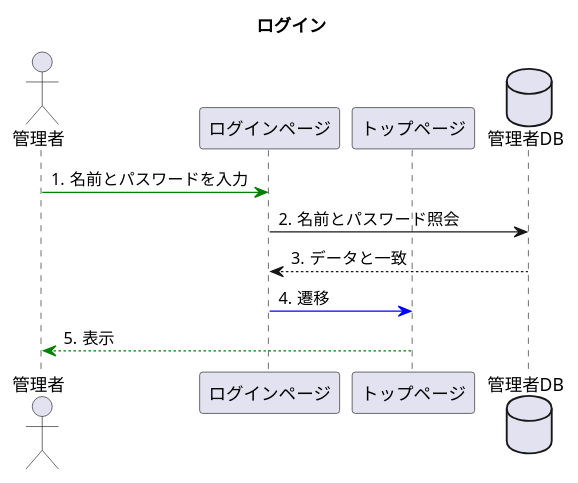
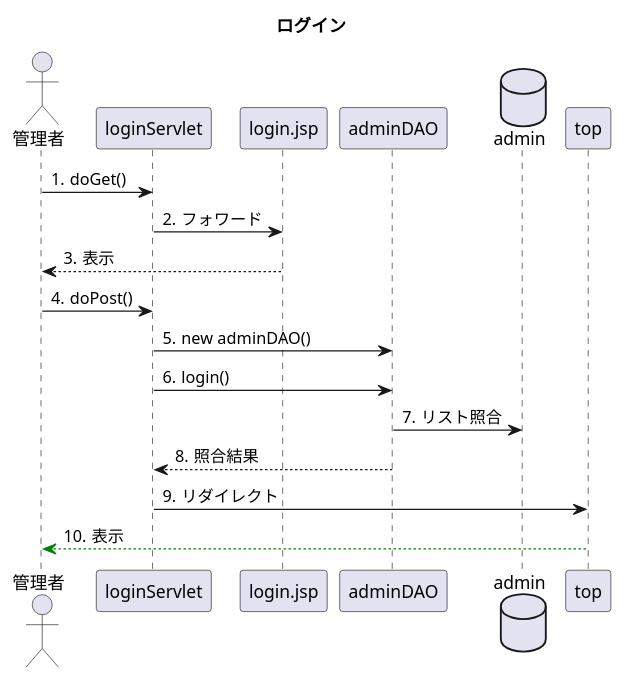
The diagram in uml_detail/seq_login.pu (toufu66/ProjectC), drawn with PlantUML before and after one commit.

Commit message:
詳細シーケンス ログイン

```diff
--- a/uml_detail/seq_login.pu
+++ b/uml_detail/seq_login.pu
@@ -1,20 +1,26 @@
 @startuml
 
 title ログイン
 
 autonumber "#."
 
 actor 管理者
-participant ログインページ
-participant トップページ
-database 管理者DB
+participant loginServlet
+participant login.jsp
+participant adminDAO
+database admin
 
-管理者 -[#green]> ログインページ:名前とパスワードを入力
-ログインページ -> 管理者DB:名前とパスワード照会
-管理者DB --> ログインページ:データと一致
-ログインページ -[#blue]> トップページ:遷移
-トップページ --[#green]> 管理者 :表示
+管理者 -> loginServlet:doGet()
+loginServlet -> login.jsp:フォワード
+login.jsp --> 管理者:表示
+管理者 -> loginServlet:doPost()
+loginServlet -> adminDAO:new adminDAO()
+loginServlet -> adminDAO:login()
+adminDAO -> admin:リスト照合
+adminDAO --> loginServlet:照合結果
+loginServlet -> top:リダイレクト
+top --[#green]> 管理者:表示
 
 
 
 @enduml
```
